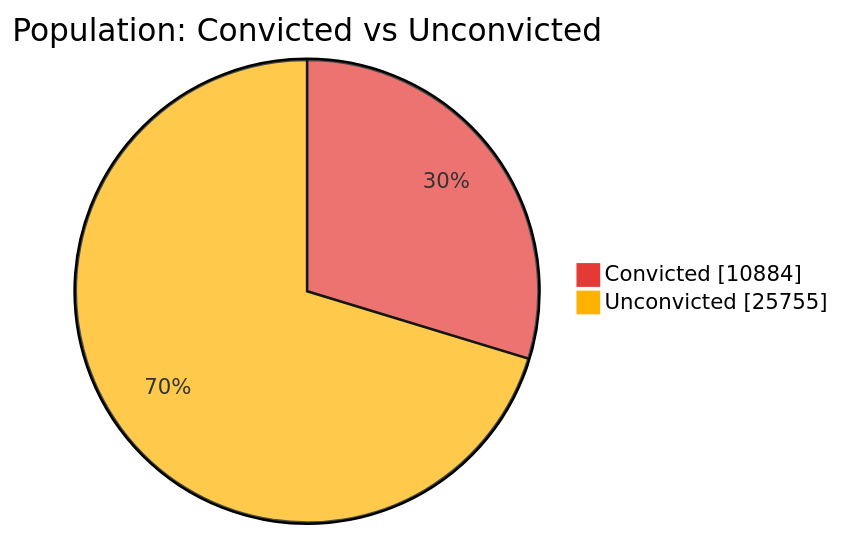
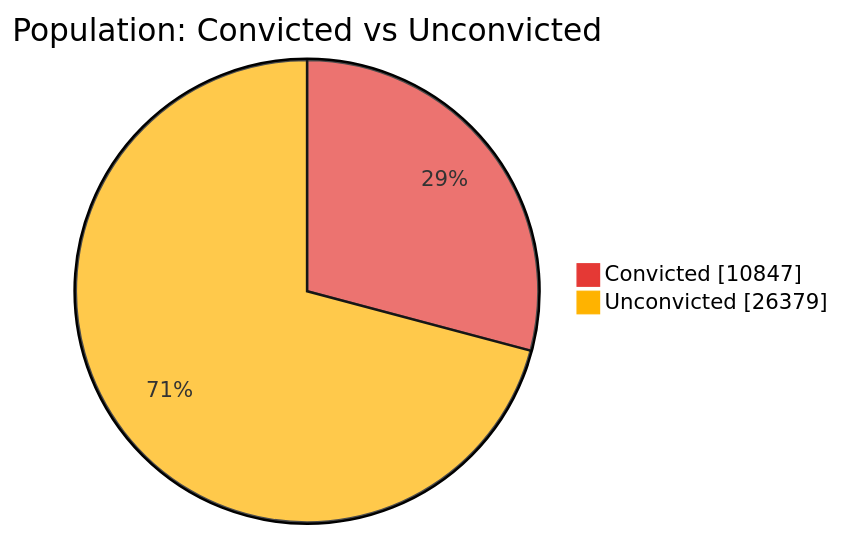
Before and after one commit to nuuuwan/lk_prisons: the first of 7 diagrams in README.md, drawn with Mermaid. The commit also changed other lines of this file and 1 other file, not shown here.

````diff
--- a/README.md
+++ b/README.md
@@ -43,6 +43,6 @@
 ```mermaid
 %%{init: {'themeVariables': {'pie1': '#E53935', 'pie2': '#FFB300'}}}%%
 pie showData title Population: Convicted vs Unconvicted
-    "Convicted" : 10884
-    "Unconvicted" : 25755
+    "Convicted" : 10847
+    "Unconvicted" : 26379
 ```
````
